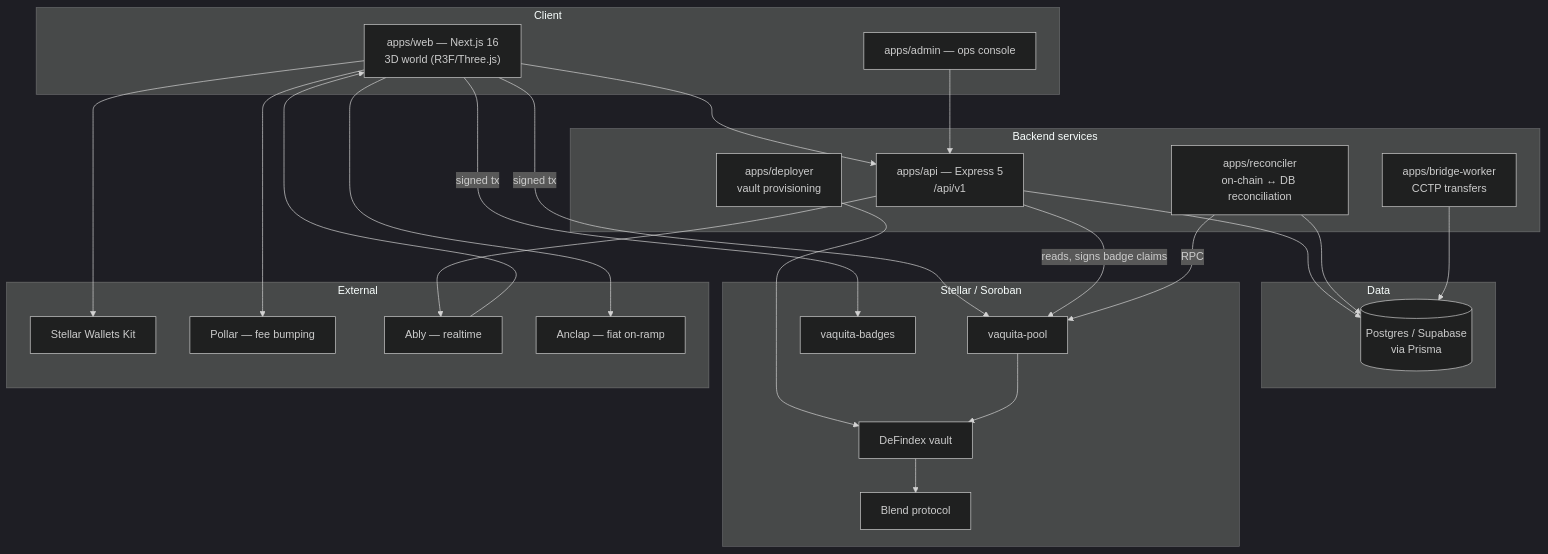
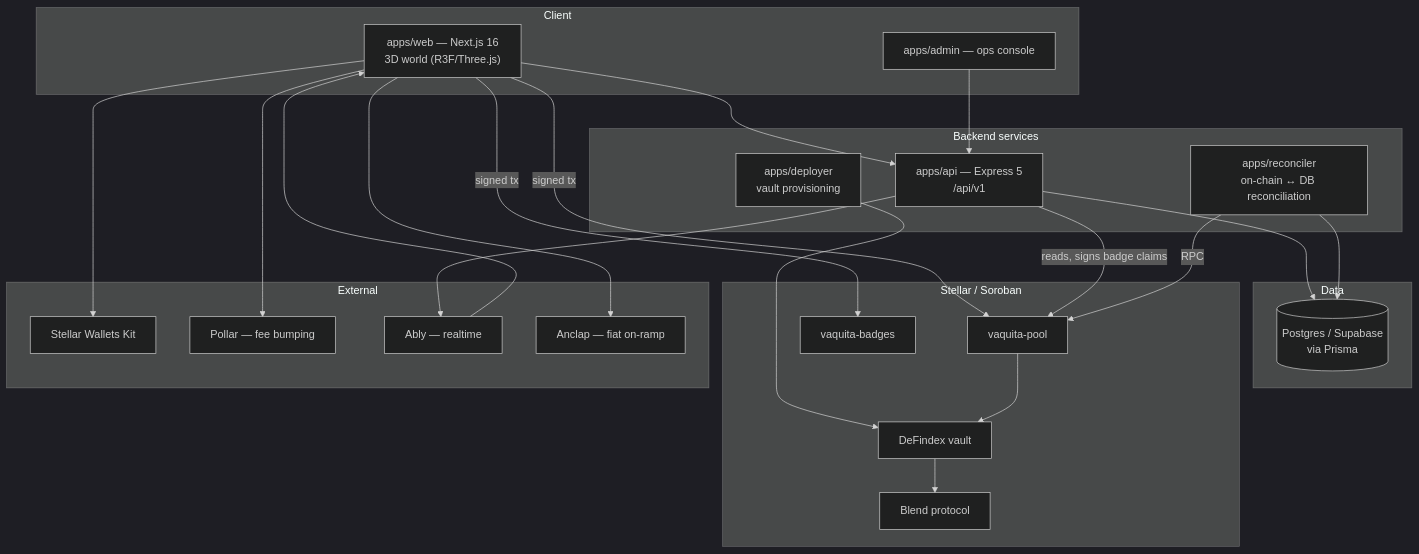
One commit to vaquita-labs/stellar changed the first of 3 diagrams in docs/architecture.md. Above: the diagram before and after it, drawn with Mermaid (dark theme). The commit also changed other lines of this file and 61 other files, not shown here.

````diff
--- a/docs/architecture.md
+++ b/docs/architecture.md
@@ -28,50 +28,48 @@
 ```mermaid
 graph TB
     subgraph client["Client"]
         WEB["apps/web — Next.js 16<br/>3D world (R3F/Three.js)"]
         ADM["apps/admin — ops console"]
     end
 
     subgraph services["Backend services"]
         API["apps/api — Express 5<br/>/api/v1"]
         REC["apps/reconciler<br/>on-chain ↔ DB reconciliation"]
-        BW["apps/bridge-worker<br/>CCTP transfers"]
         DEP["apps/deployer<br/>vault provisioning"]
     end
 
     subgraph data["Data"]
         PG[("Postgres / Supabase<br/>via Prisma")]
     end
 
     subgraph chain["Stellar / Soroban"]
         POOL["vaquita-pool"]
         BADGE["vaquita-badges"]
         VAULT["DeFindex vault"]
         BLEND["Blend protocol"]
     end
 
     subgraph ext["External"]
         WK["Stellar Wallets Kit"]
         POLLAR["Pollar — fee bumping"]
         ABLY["Ably — realtime"]
         ANCLAP["Anclap — fiat on-ramp"]
     end
 
     WEB --> API
     ADM --> API
     WEB -->|signed tx| POOL
     WEB -->|signed tx| BADGE
     WEB --> WK
     WEB --> POLLAR
     API --> PG
     API -->|reads, signs badge claims| POOL
     REC --> PG
     REC -->|RPC| POOL
-    BW --> PG
     DEP --> VAULT
     POOL --> VAULT
     VAULT --> BLEND
     API --> ABLY
     ABLY --> WEB
     WEB --> ANCLAP
 ```
````
